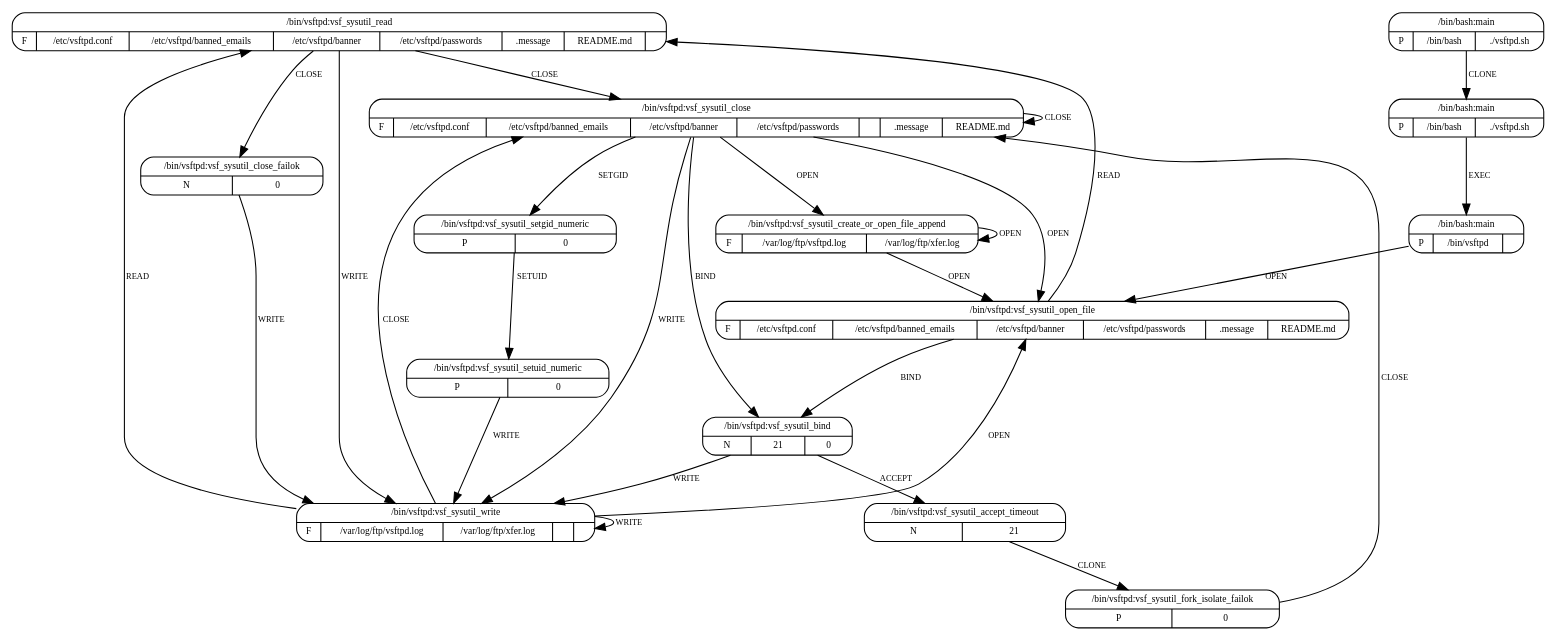
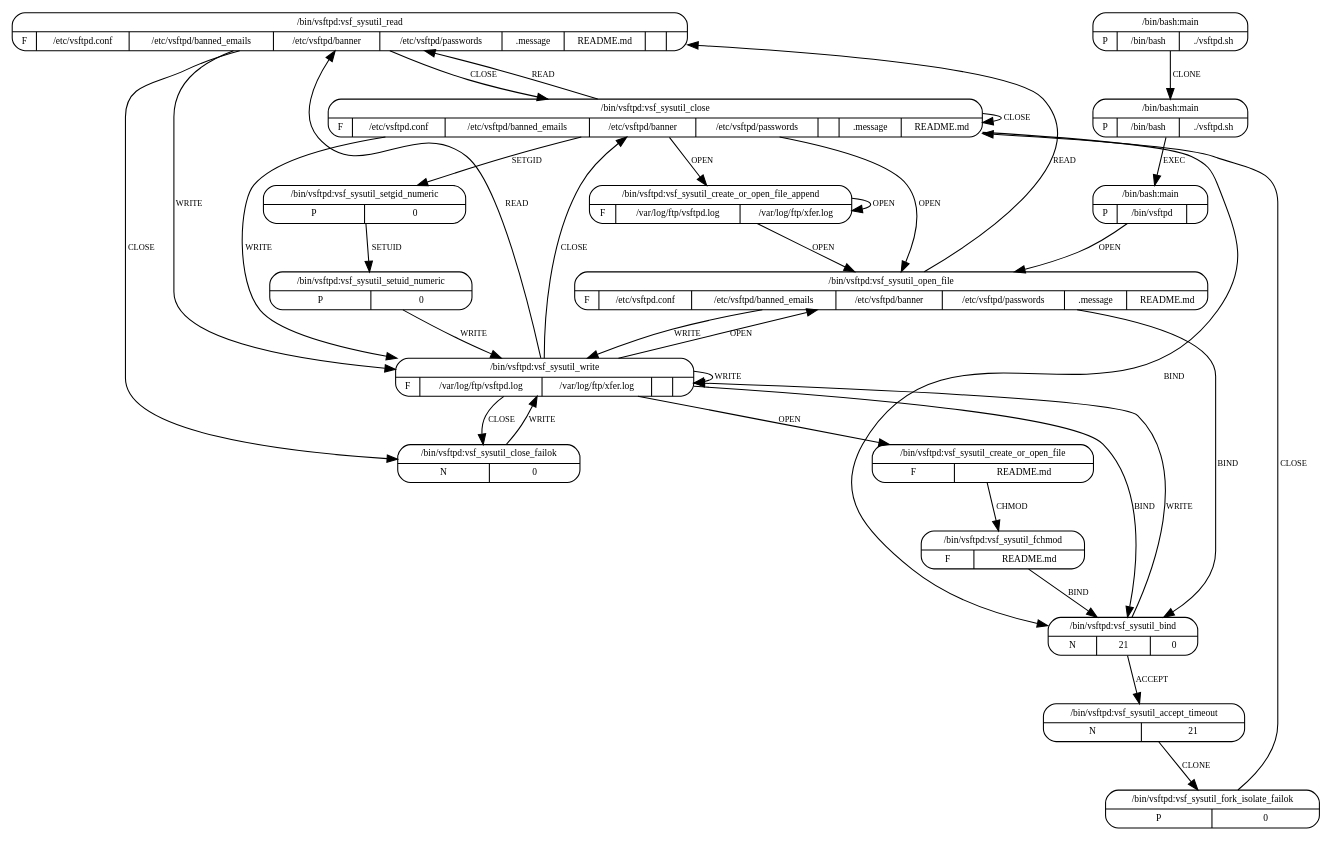
One commit to sysflow-telemetry/upolicycraft changed the diagram in plugins/mrm/resources/models/vsftpd.dot. Above: the diagram before and after it, drawn with Graphviz. The commit also changed 7 other files, not shown here.

```diff
--- a/plugins/mrm/resources/models/vsftpd.dot
+++ b/plugins/mrm/resources/models/vsftpd.dot
@@ -1,65 +1,77 @@
 digraph G {
   3 [shape=Mrecord,
-     label="{{/bin/vsftpd:vsf_sysutil_read}|{F|{/etc/vsftpd.conf}|{/etc/vsftpd/banned_emails}|{/etc/vsftpd/banner}|{/etc/vsftpd/passwords}|{.message}|{README.md}|{}}}",
+     label="{{/bin/vsftpd:vsf_sysutil_read}|{F|{/etc/vsftpd.conf}|{/etc/vsftpd/banned_emails}|{/etc/vsftpd/banner}|{/etc/vsftpd/passwords}|{.message}|{README.md}|{}|{}}}",
      fontsize=9, ];
-  8 [shape=Mrecord,
+  12 [shape=Mrecord,
+      label="{{/bin/vsftpd:vsf_sysutil_create_or_open_file}|{F|{README.md}}}",
+      fontsize=9, ];
+  7 [shape=Mrecord,
      label="{{/bin/vsftpd:vsf_sysutil_create_or_open_file_append}|{F|{/var/log/ftp/vsftpd.log}|{/var/log/ftp/xfer.log}}}",
      fontsize=9, ];
-  5 [shape=Mrecord,
+  4 [shape=Mrecord,
      label="{{/bin/vsftpd:vsf_sysutil_close}|{F|{/etc/vsftpd.conf}|{/etc/vsftpd/banned_emails}|{/etc/vsftpd/banner}|{/etc/vsftpd/passwords}|{}|{.message}|{README.md}}}",
      fontsize=9, ];
-  4 [shape=Mrecord, label="{{/bin/vsftpd:vsf_sysutil_close_failok}|{N|{0}}}",
+  11 [shape=Mrecord, label="{{/bin/vsftpd:vsf_sysutil_close_failok}|{N|{0}}}",
+      fontsize=9, ];
+  13 [shape=Mrecord, label="{{/bin/vsftpd:vsf_sysutil_fchmod}|{F|{README.md}}}",
+      fontsize=9, ];
+  9 [shape=Mrecord, label="{{/bin/vsftpd:vsf_sysutil_bind}|{N|{21}|{0}}}",
      fontsize=9, ];
-  10 [shape=Mrecord, label="{{/bin/vsftpd:vsf_sysutil_bind}|{N|{21}|{0}}}",
+  14 [shape=Mrecord, label="{{/bin/vsftpd:vsf_sysutil_accept_timeout}|{N|{21}}}",
       fontsize=9, ];
-  12 [shape=Mrecord, label="{{/bin/vsftpd:vsf_sysutil_accept_timeout}|{N|{21}}}",
-      fontsize=9, ];
-  7 [shape=Mrecord, label="{{/bin/vsftpd:vsf_sysutil_setuid_numeric}|{P|0}}",
+  6 [shape=Mrecord, label="{{/bin/vsftpd:vsf_sysutil_setuid_numeric}|{P|0}}",
      fontsize=9, ];
-  6 [shape=Mrecord, label="{{/bin/vsftpd:vsf_sysutil_setgid_numeric}|{P|0}}",
+  5 [shape=Mrecord, label="{{/bin/vsftpd:vsf_sysutil_setgid_numeric}|{P|0}}",
      fontsize=9, ];
-  11 [shape=Mrecord,
+  10 [shape=Mrecord,
       label="{{/bin/vsftpd:vsf_sysutil_write}|{F|{/var/log/ftp/vsftpd.log}|{/var/log/ftp/xfer.log}|{}|{}}}",
       fontsize=9, ];
-  13 [shape=Mrecord,
+  15 [shape=Mrecord,
       label="{{/bin/vsftpd:vsf_sysutil_fork_isolate_failok}|{P|0}}",
       fontsize=9, ];
-  9 [shape=Mrecord,
+  8 [shape=Mrecord,
      label="{{/bin/vsftpd:vsf_sysutil_open_file}|{F|{/etc/vsftpd.conf}|{/etc/vsftpd/banned_emails}|{/etc/vsftpd/banner}|{/etc/vsftpd/passwords}|{.message}|{README.md}}}",
      fontsize=9, ];
   0 [shape=Mrecord, label="{{/bin/bash:main}|{P|/bin/bash|./vsftpd.sh}}",
      fontsize=9, ];
   1 [shape=Mrecord, label="{{/bin/bash:main}|{P|/bin/bash|./vsftpd.sh}}",
      fontsize=9, ];
   2 [shape=Mrecord, label="{{/bin/bash:main}|{P|/bin/vsftpd|}}", fontsize=9, ];
   
   
-  3 -> 5 [label="CLOSE", fontsize=8, ];
   3 -> 4 [label="CLOSE", fontsize=8, ];
-  3 -> 11 [label="WRITE", fontsize=8, ];
-  8 -> 8 [label="OPEN", fontsize=8, ];
-  8 -> 9 [label="OPEN", fontsize=8, ];
-  5 -> 8 [label="OPEN", fontsize=8, ];
-  5 -> 5 [label="CLOSE", fontsize=8, ];
-  5 -> 10 [label="BIND", fontsize=8, ];
-  5 -> 6 [label="SETGID", fontsize=8, ];
-  5 -> 11 [label="WRITE", fontsize=8, ];
-  5 -> 9 [label="OPEN", fontsize=8, ];
-  4 -> 11 [label="WRITE", fontsize=8, ];
-  10 -> 12 [label="ACCEPT", fontsize=8, ];
-  10 -> 11 [label="WRITE", fontsize=8, ];
-  12 -> 13 [label="CLONE", fontsize=8, ];
-  7 -> 11 [label="WRITE", fontsize=8, ];
-  6 -> 7 [label="SETUID", fontsize=8, ];
-  11 -> 3 [label="READ", fontsize=8, ];
-  11 -> 5 [label="CLOSE", fontsize=8, ];
-  11 -> 11 [label="WRITE", fontsize=8, ];
-  11 -> 9 [label="OPEN", fontsize=8, ];
-  13 -> 5 [label="CLOSE", fontsize=8, ];
-  9 -> 3 [label="READ", fontsize=8, ];
-  9 -> 10 [label="BIND", fontsize=8, ];
+  3 -> 11 [label="CLOSE", fontsize=8, ];
+  3 -> 10 [label="WRITE", fontsize=8, ];
+  12 -> 13 [label="CHMOD", fontsize=8, ];
+  7 -> 7 [label="OPEN", fontsize=8, ];
+  7 -> 8 [label="OPEN", fontsize=8, ];
+  4 -> 3 [label="READ", fontsize=8, ];
+  4 -> 7 [label="OPEN", fontsize=8, ];
+  4 -> 4 [label="CLOSE", fontsize=8, ];
+  4 -> 9 [label="BIND", fontsize=8, ];
+  4 -> 5 [label="SETGID", fontsize=8, ];
+  4 -> 10 [label="WRITE", fontsize=8, ];
+  4 -> 8 [label="OPEN", fontsize=8, ];
+  11 -> 10 [label="WRITE", fontsize=8, ];
+  13 -> 9 [label="BIND", fontsize=8, ];
+  9 -> 14 [label="ACCEPT", fontsize=8, ];
+  9 -> 10 [label="WRITE", fontsize=8, ];
+  14 -> 15 [label="CLONE", fontsize=8, ];
+  6 -> 10 [label="WRITE", fontsize=8, ];
+  5 -> 6 [label="SETUID", fontsize=8, ];
+  10 -> 3 [label="READ", fontsize=8, ];
+  10 -> 12 [label="OPEN", fontsize=8, ];
+  10 -> 4 [label="CLOSE", fontsize=8, ];
+  10 -> 11 [label="CLOSE", fontsize=8, ];
+  10 -> 9 [label="BIND", fontsize=8, ];
+  10 -> 10 [label="WRITE", fontsize=8, ];
+  10 -> 8 [label="OPEN", fontsize=8, ];
+  15 -> 4 [label="CLOSE", fontsize=8, ];
+  8 -> 3 [label="READ", fontsize=8, ];
+  8 -> 9 [label="BIND", fontsize=8, ];
+  8 -> 10 [label="WRITE", fontsize=8, ];
   0 -> 1 [label="CLONE", fontsize=8, ];
   1 -> 2 [label="EXEC", fontsize=8, ];
-  2 -> 9 [label="OPEN", fontsize=8, ];
+  2 -> 8 [label="OPEN", fontsize=8, ];
   
   }
```
